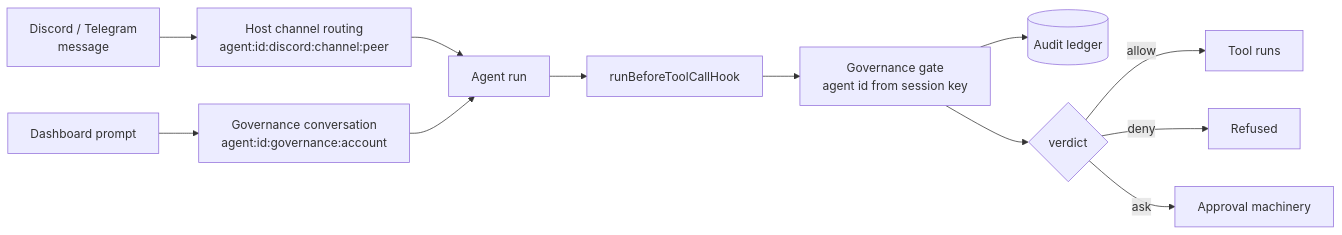
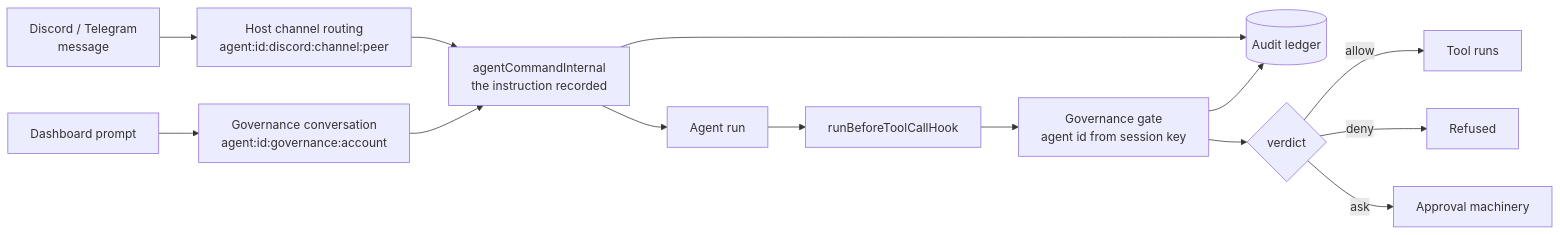
One commit to KinanRadaideh/openclaw-governance-layer changed diagram 13 of 23 in docs-notes/FIGURES.md. Above: the diagram before and after it, drawn with Mermaid. The commit also changed other lines of this file and 10 other files, not shown here.

````diff
--- a/docs-notes/FIGURES.md
+++ b/docs-notes/FIGURES.md
@@ -1361,14 +1517,16 @@
 ```mermaid
 flowchart LR
   D["Discord / Telegram<br/>message"] --> HS["Host channel routing<br/>agent:id:discord:channel:peer"]
   G["Dashboard prompt"] --> GS["Governance conversation<br/>agent:id:governance:account"]
-  HS --> RUN["Agent run"]
-  GS --> RUN
+  HS --> CMD["agentCommandInternal<br/>the instruction recorded"]
+  GS --> CMD
+  CMD --> L
+  CMD --> RUN["Agent run"]
   RUN --> HOOK["runBeforeToolCallHook"]
   HOOK --> GATE["Governance gate<br/>agent id from session key"]
   GATE --> L[("Audit ledger")]
   GATE --> V{"verdict"}
   V -->|allow| T["Tool runs"]
   V -->|deny| X["Refused"]
   V -->|ask| A["Approval machinery"]
 ```
````
